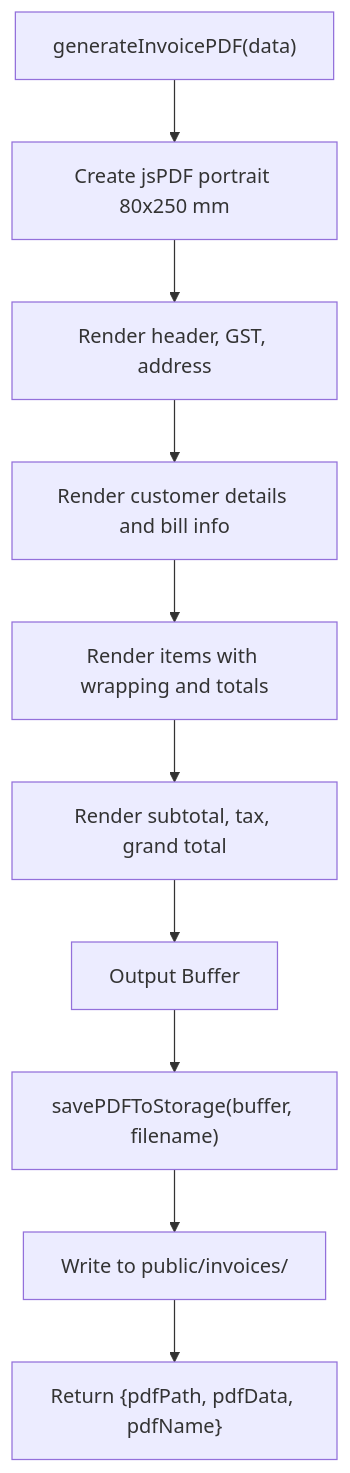
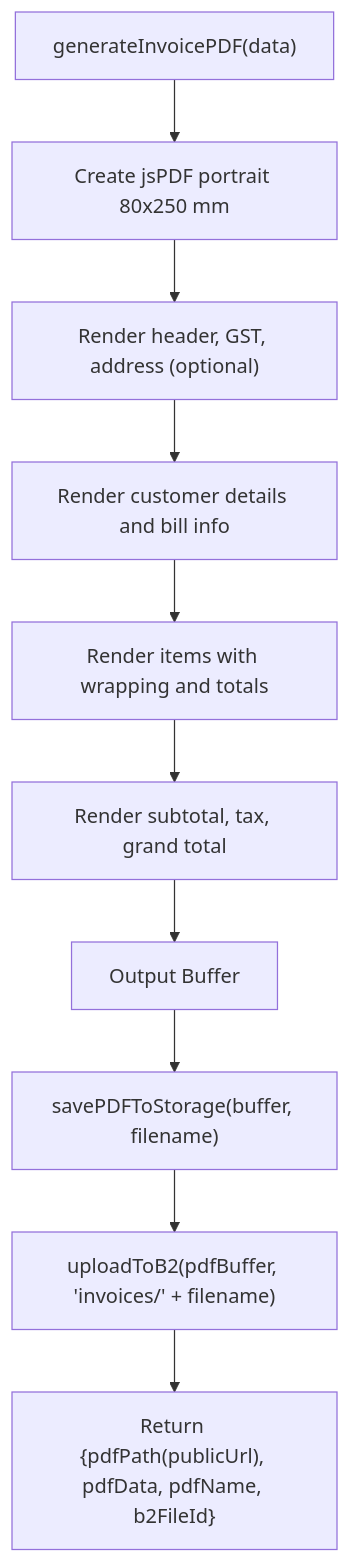
One commit to Dequeue-Tech/DeQ-Bite changed the fourth of 10 diagrams in .qoder/repowiki/en/content/Document Generation/Document Generation.md. Above: the diagram before and after it, drawn with Mermaid. The commit also changed other lines of this file and 8 other files, not shown here.

````diff
--- a/.qoder/repowiki/en/content/Document Generation/Document Generation.md
+++ b/.qoder/repowiki/en/content/Document Generation/Document Generation.md
@@ -221,12 +240,12 @@
 ```mermaid
 flowchart TD
 A["generateInvoicePDF(data)"] --> B["Create jsPDF portrait 80x250 mm"]
-B --> C["Render header, GST, address"]
+B --> C["Render header, GST, address (optional)"]
 C --> D["Render customer details and bill info"]
 D --> E["Render items with wrapping and totals"]
 E --> F["Render subtotal, tax, grand total"]
 F --> G["Output Buffer"]
 G --> H["savePDFToStorage(buffer, filename)"]
-H --> I["Write to public/invoices/<filename>"]
-I --> J["Return {pdfPath, pdfData, pdfName}"]
+H --> I["uploadToB2(pdfBuffer, 'invoices/' + filename)"]
+I --> J["Return {pdfPath(publicUrl), pdfData, pdfName, b2FileId}"]
 ```
````
